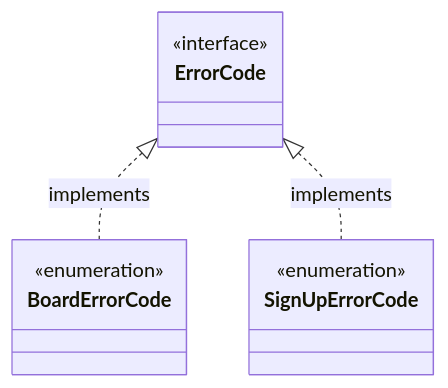
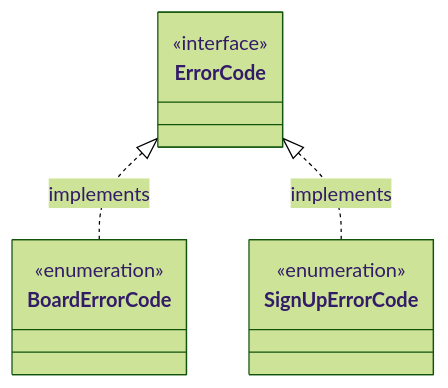
The first of 3 diagrams in README.md (merge-simpson/letsdev-error-code-api), drawn with Mermaid before and after one commit.

Commit message:
docs(readme): add theme to mermaid of error code implementation example

````diff
--- a/README.md
+++ b/README.md
@@ -26,16 +26,17 @@
   ```mermaid
+  %%{init: {"theme": "forest", "themeVariables": {"fontFamily": "Comic Sans MS"}}}%%
   classDiagram
   %% class list
       class ErrorCode {
           <<interface>>
       }
       class BoardErrorCode {
           <<enumeration>>
       }
       class SignUpErrorCode {
           <<enumeration>>
       }
       
       ErrorCode <|.. BoardErrorCode : implements
       ErrorCode <|.. SignUpErrorCode : implements
   ```
````
